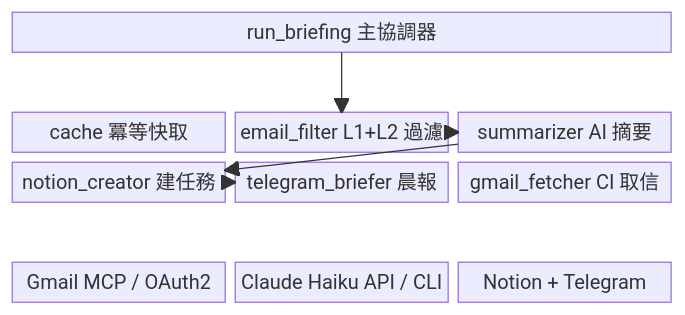
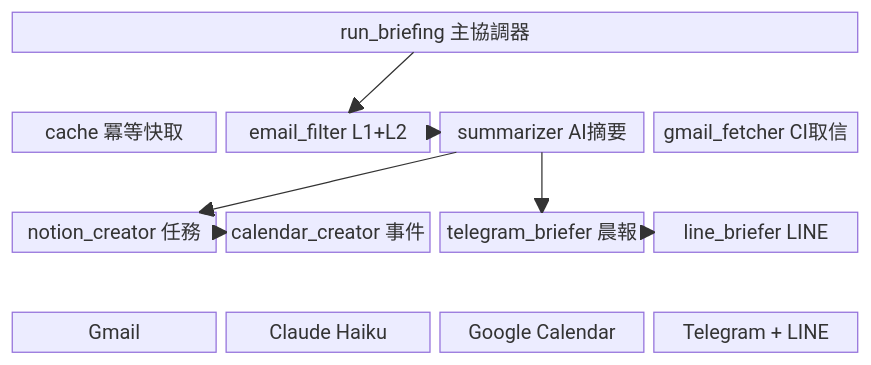
The diagram in mermaid/20260618-email-automation/mmd/email-automation-03-系統架構圖.mmd (chenghyang2001/email-automation-demo), drawn with Mermaid before and after one commit. The commit also changed 12 other files, not shown here.

First line of the commit message:
同步文件與圖表：輸出管道加入 LINE + Google Calendar

```diff
--- a/mermaid/20260618-email-automation/mmd/email-automation-03-系統架構圖.mmd
+++ b/mermaid/20260618-email-automation/mmd/email-automation-03-系統架構圖.mmd
@@ -1,18 +1,24 @@
 block-beta
-  columns 3
-  orch["run_briefing 主協調器"]:3
-  space:3
+  columns 4
+  orch["run_briefing 主協調器"]:4
+  space:4
   cache["cache 冪等快取"]
-  filter["email_filter L1+L2 過濾"]
-  summ["summarizer AI 摘要"]
-  notion["notion_creator 建任務"]
+  filter["email_filter L1+L2"]
+  summ["summarizer AI摘要"]
+  fetcher["gmail_fetcher CI取信"]
+  space:4
+  notion["notion_creator 任務"]
+  calendar["calendar_creator 事件"]
   tg["telegram_briefer 晨報"]
-  fetcher["gmail_fetcher CI 取信"]
-  space:3
-  gmail["Gmail MCP / OAuth2"]
-  claude["Claude Haiku API / CLI"]
-  ext["Notion + Telegram"]
+  line["line_briefer LINE"]
+  space:4
+  gmail["Gmail"]
+  claude["Claude Haiku"]
+  gcal["Google Calendar"]
+  msg["Telegram + LINE"]
   orch --> filter
   filter --> summ
   summ --> notion
-  notion --> tg
+  notion --> calendar
+  summ --> tg
+  tg --> line
```
